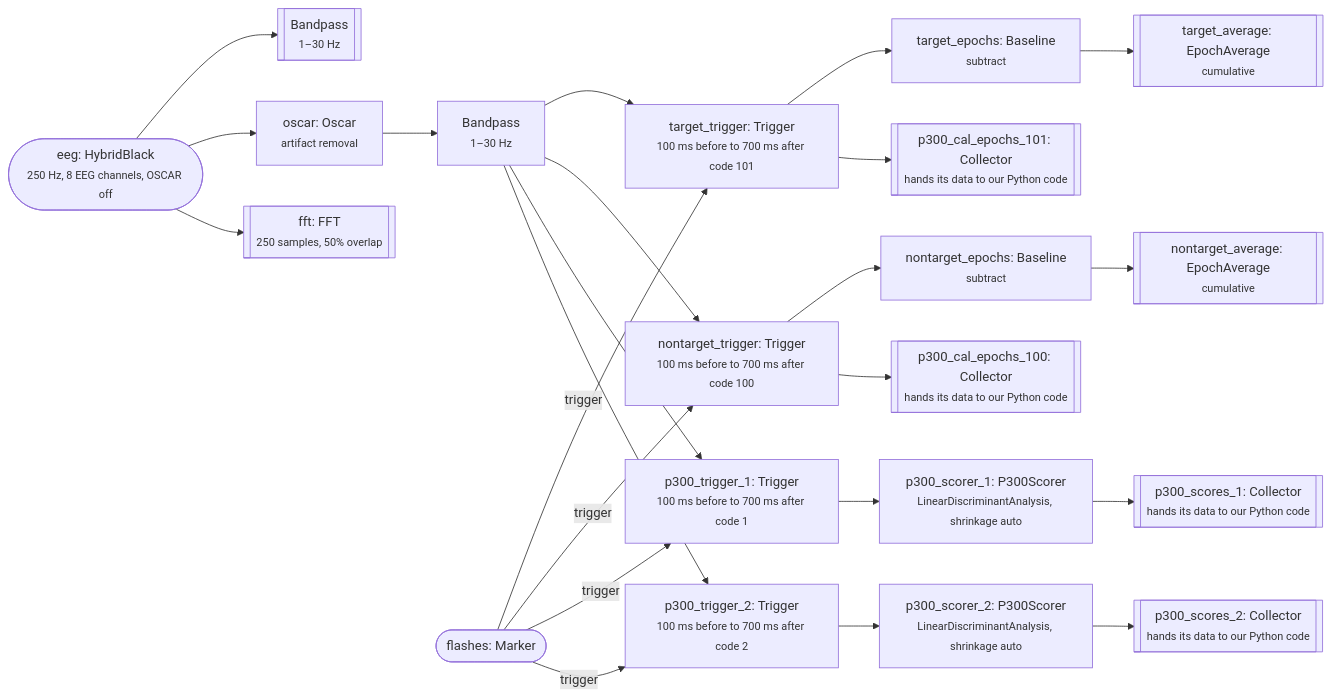
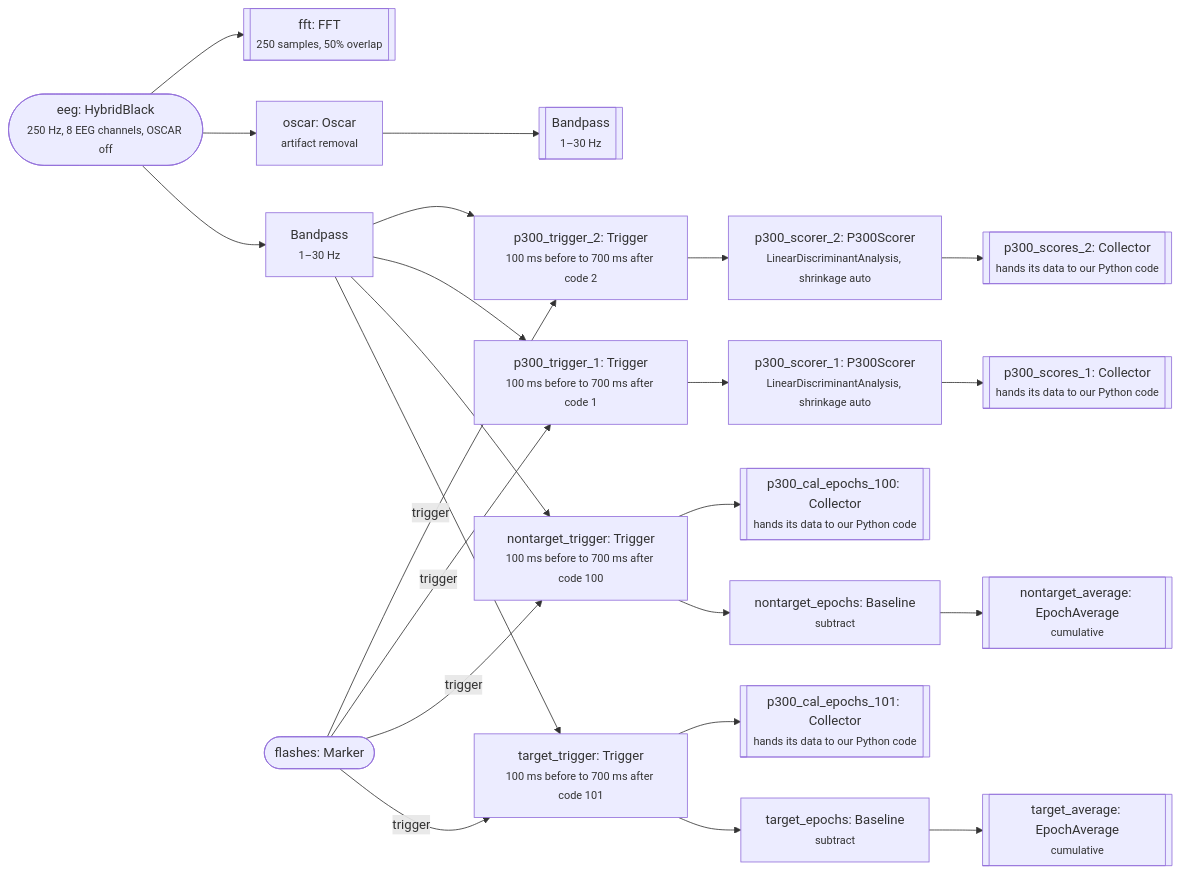
One commit to Order-of-the-Golden-Eagles/Signal2Speech changed the second of 7 diagrams in docs/architecture/pipelines.md. Above: the diagram before and after it, drawn with Mermaid. The commit also changed 10 other files, not shown here.

````diff
--- a/docs/architecture/pipelines.md
+++ b/docs/architecture/pipelines.md
@@ -60,45 +60,45 @@
 ```mermaid
 flowchart LR
     n1(["eeg: HybridBlack<br/><small>250 Hz, 8 EEG channels, OSCAR off</small>"])
-    n2[["Bandpass<br/><small>1–30 Hz</small>"]]
+    n2["Bandpass<br/><small>1–30 Hz</small>"]
     n3["oscar: Oscar<br/><small>artifact removal</small>"]
-    n4["Bandpass<br/><small>1–30 Hz</small>"]
+    n4[["Bandpass<br/><small>1–30 Hz</small>"]]
     n5[["fft: FFT<br/><small>250 samples, 50% overlap</small>"]]
     n6["target_trigger: Trigger<br/><small>100 ms before to 700 ms after code 101</small>"]
     n7(["flashes: Marker"])
     n8["target_epochs: Baseline<br/><small>subtract</small>"]
     n9[["target_average: EpochAverage<br/><small>cumulative</small>"]]
     n10["nontarget_trigger: Trigger<br/><small>100 ms before to 700 ms after code 100</small>"]
     n11["nontarget_epochs: Baseline<br/><small>subtract</small>"]
     n12[["nontarget_average: EpochAverage<br/><small>cumulative</small>"]]
     n13["p300_trigger_1: Trigger<br/><small>100 ms before to 700 ms after code 1</small>"]
     n14["p300_scorer_1: P300Scorer<br/><small>LinearDiscriminantAnalysis, shrinkage auto</small>"]
     n15[["p300_scores_1: Collector<br/><small>hands its data to our Python code</small>"]]
     n16["p300_trigger_2: Trigger<br/><small>100 ms before to 700 ms after code 2</small>"]
     n17["p300_scorer_2: P300Scorer<br/><small>LinearDiscriminantAnalysis, shrinkage auto</small>"]
     n18[["p300_scores_2: Collector<br/><small>hands its data to our Python code</small>"]]
     n19[["p300_cal_epochs_101: Collector<br/><small>hands its data to our Python code</small>"]]
     n20[["p300_cal_epochs_100: Collector<br/><small>hands its data to our Python code</small>"]]
     n1 --> n2
     n1 --> n3
     n1 --> n5
+    n2 --> n6
+    n2 --> n10
+    n2 --> n13
+    n2 --> n16
     n3 --> n4
-    n4 --> n6
-    n4 --> n10
-    n4 --> n13
-    n4 --> n16
     n6 --> n8
     n6 --> n19
     n7 -->|trigger| n6
     n7 -->|trigger| n10
     n7 -->|trigger| n13
     n7 -->|trigger| n16
     n8 --> n9
     n10 --> n11
     n10 --> n20
     n11 --> n12
     n13 --> n14
     n14 --> n15
     n16 --> n17
     n17 --> n18
 ```
````
